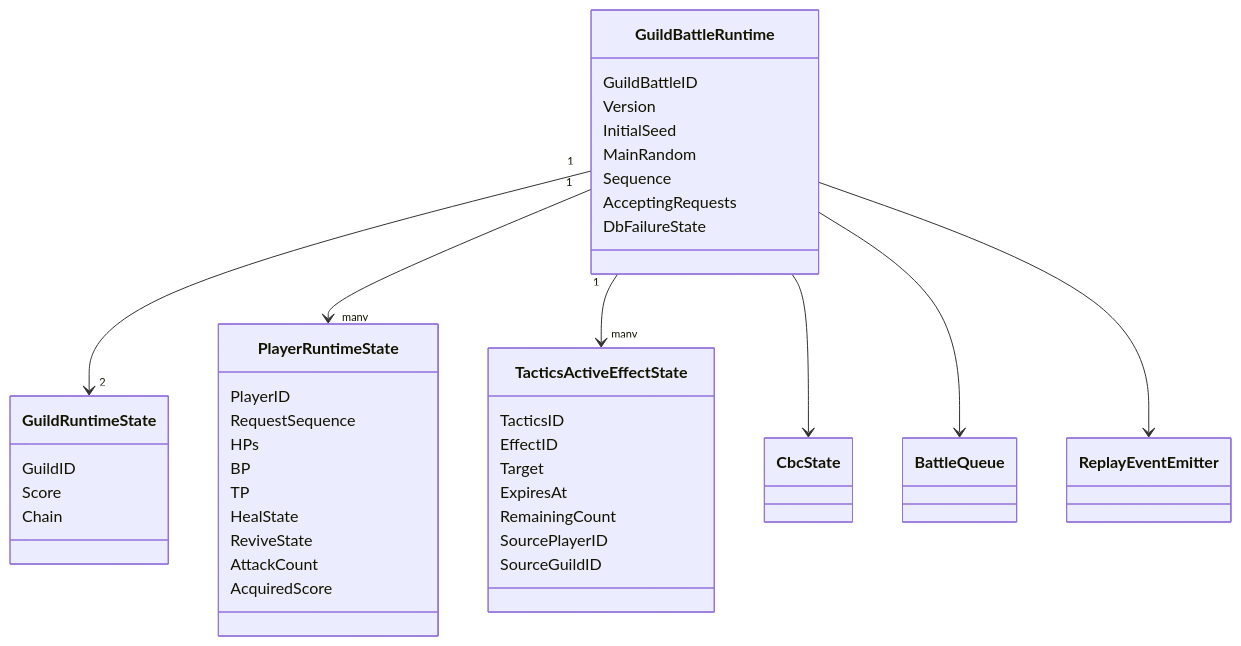
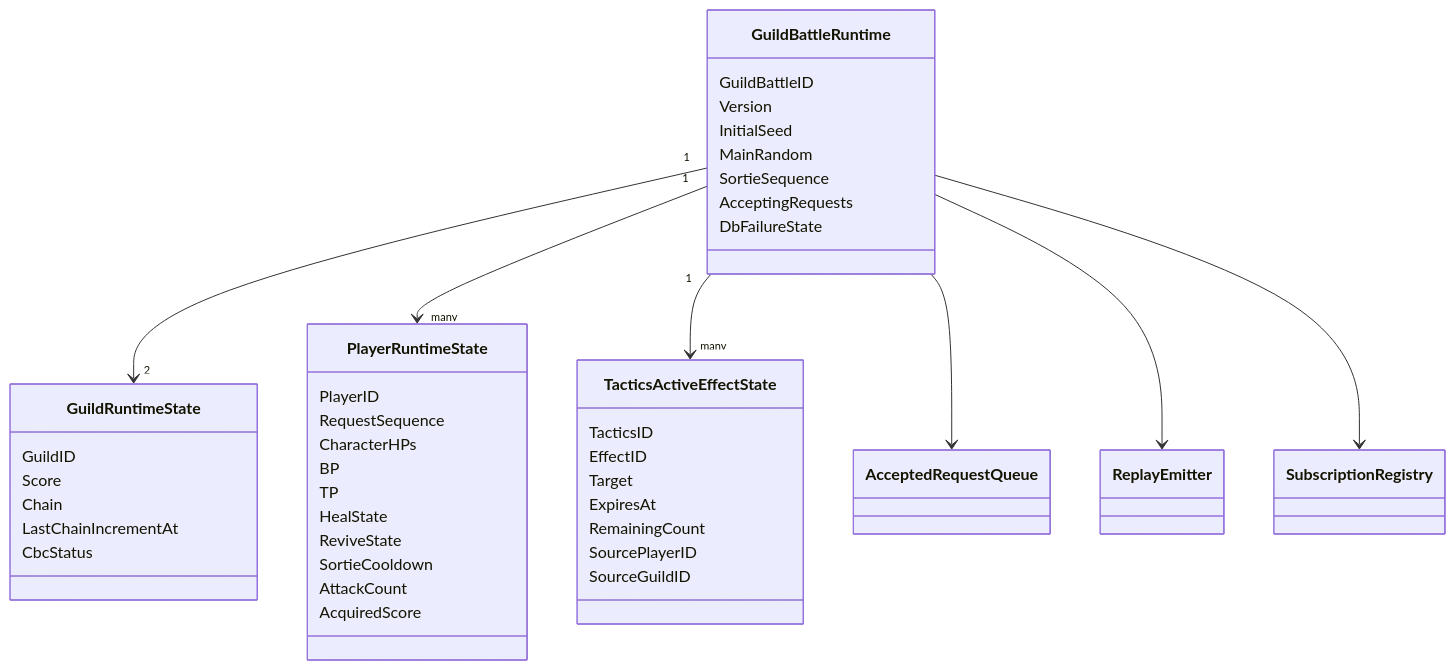
One commit to ReHydrangeaOdyssey/Specifications changed the first of 5 diagrams in design/programming/server/guild_battle_runtime.md. Above: the diagram before and after it, drawn with Mermaid. The commit also changed other lines of this file and 21 other files, not shown here.

````diff
--- a/design/programming/server/guild_battle_runtime.md
+++ b/design/programming/server/guild_battle_runtime.md
@@ -11,47 +11,49 @@
 ```mermaid
 classDiagram
     class GuildBattleRuntime {
         GuildBattleID
         Version
         InitialSeed
         MainRandom
-        Sequence
+        SortieSequence
         AcceptingRequests
         DbFailureState
     }
     class GuildRuntimeState {
         GuildID
         Score
         Chain
+        LastChainIncrementAt
+        CbcStatus
     }
     class PlayerRuntimeState {
         PlayerID
         RequestSequence
-        HPs
+        CharacterHPs
         BP
         TP
         HealState
         ReviveState
+        SortieCooldown
         AttackCount
         AcquiredScore
     }
     class TacticsActiveEffectState {
         TacticsID
         EffectID
         Target
         ExpiresAt
         RemainingCount
         SourcePlayerID
         SourceGuildID
     }
-    class CbcState
-    class BattleQueue
-    class ReplayEventEmitter
-
+    class AcceptedRequestQueue
+    class ReplayEmitter
+    class SubscriptionRegistry
     GuildBattleRuntime "1" --> "2" GuildRuntimeState
     GuildBattleRuntime "1" --> "many" PlayerRuntimeState
     GuildBattleRuntime "1" --> "many" TacticsActiveEffectState
-    GuildBattleRuntime --> CbcState
-    GuildBattleRuntime --> BattleQueue
-    GuildBattleRuntime --> ReplayEventEmitter
+    GuildBattleRuntime --> AcceptedRequestQueue
+    GuildBattleRuntime --> ReplayEmitter
+    GuildBattleRuntime --> SubscriptionRegistry
 ```
````
